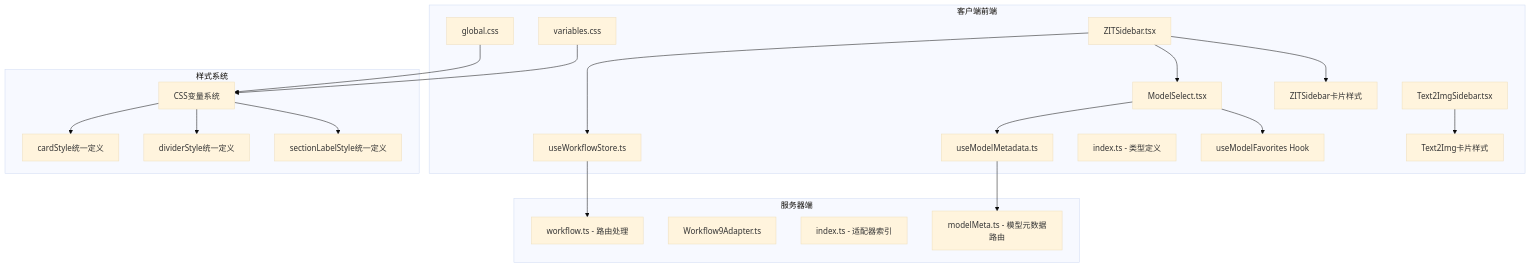
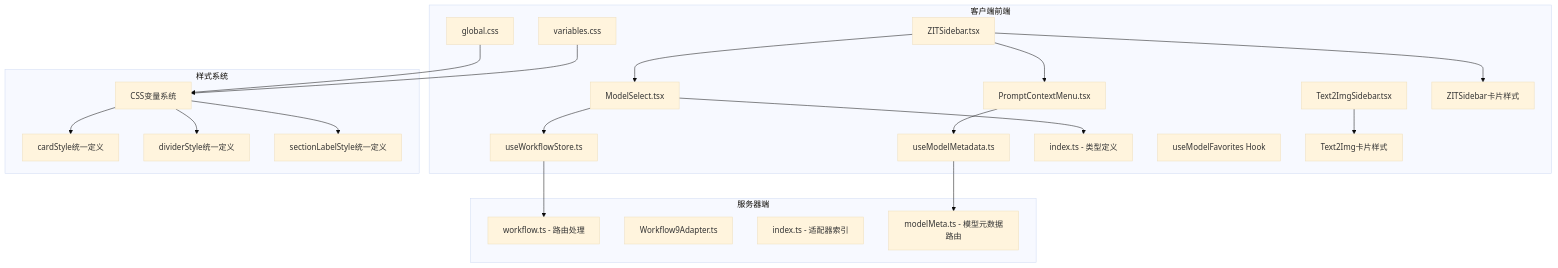
One commit to billye220670/CorineKit_Pix2Real changed the first of 11 diagrams in .qoder/repowiki/zh/content/用户界面组件/控制面板组件/ZIT快出侧边栏.md. Above: the diagram before and after it, drawn with Mermaid (base theme). The commit also changed other lines of this file and 4 other files, not shown here.

````diff
--- a/.qoder/repowiki/zh/content/用户界面组件/控制面板组件/ZIT快出侧边栏.md
+++ b/.qoder/repowiki/zh/content/用户界面组件/控制面板组件/ZIT快出侧边栏.md
@@ -58,41 +58,43 @@
 ```mermaid
 graph TB
 subgraph "客户端前端"
 A[ZITSidebar.tsx]
 B[ModelSelect.tsx]
-C[useWorkflowStore.ts]
-D[useModelMetadata.ts]
-E[index.ts - 类型定义]
-F[useModelFavorites Hook]
-G[global.css]
-H[variables.css]
-I[Text2ImgSidebar.tsx]
-J[Text2Img卡片样式]
-K[ZITSidebar卡片样式]
+C[PromptContextMenu.tsx]
+D[useWorkflowStore.ts]
+E[useModelMetadata.ts]
+F[index.ts - 类型定义]
+G[useModelFavorites Hook]
+H[global.css]
+I[variables.css]
+J[Text2ImgSidebar.tsx]
+K[Text2Img卡片样式]
+L[ZITSidebar卡片样式]
 end
 subgraph "服务器端"
-L[workflow.ts - 路由处理]
-M[Workflow9Adapter.ts]
-N[index.ts - 适配器索引]
-O[modelMeta.ts - 模型元数据路由]
+M[workflow.ts - 路由处理]
+N[Workflow9Adapter.ts]
+O[index.ts - 适配器索引]
+P[modelMeta.ts - 模型元数据路由]
 end
 subgraph "样式系统"
-P[CSS变量系统]
-Q[cardStyle统一定义]
-R[dividerStyle统一定义]
-S[sectionLabelStyle统一定义]
+Q[CSS变量系统]
+R[cardStyle统一定义]
+S[dividerStyle统一定义]
+T[sectionLabelStyle统一定义]
 end
 A --> B
 A --> C
 B --> D
 B --> F
-C --> L
-D --> O
-G --> P
-H --> P
-I --> J
-A --> K
-P --> Q
-P --> R
-P --> S
+C --> E
+D --> M
+E --> P
+H --> Q
+I --> Q
+J --> K
+A --> L
+Q --> R
+Q --> S
+Q --> T
 ```
````
